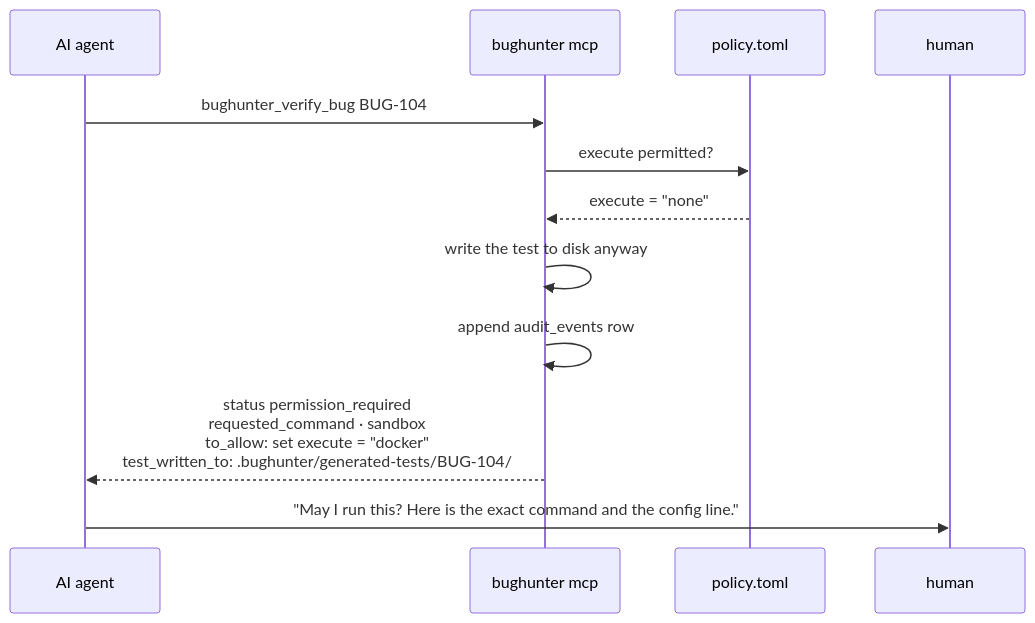
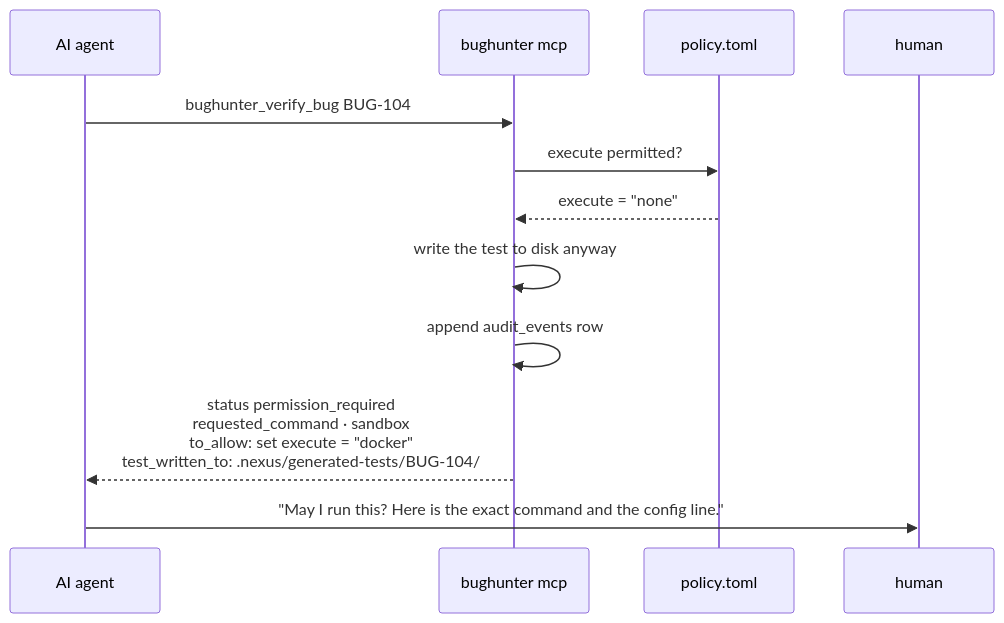
One commit to zorigtbaatarAst/nexus changed the third of 5 diagrams in docs/diagrams/mcp-integration.md. Above: the diagram before and after it, drawn with Mermaid. The commit also changed 94 other files, not shown here.

````diff
--- a/docs/diagrams/mcp-integration.md
+++ b/docs/diagrams/mcp-integration.md
@@ -81,15 +81,15 @@
 ```mermaid
 sequenceDiagram
     participant A as AI agent
     participant M as bughunter mcp
     participant P as policy.toml
     participant H as human
 
     A->>M: bughunter_verify_bug BUG-104
     M->>P: execute permitted?
     P-->>M: execute = "none"
     M->>M: write the test to disk anyway
     M->>M: append audit_events row
-    M-->>A: status permission_required<br/>requested_command · sandbox<br/>to_allow: set execute = "docker"<br/>test_written_to: .bughunter/generated-tests/BUG-104/
+    M-->>A: status permission_required<br/>requested_command · sandbox<br/>to_allow: set execute = "docker"<br/>test_written_to: .nexus/generated-tests/BUG-104/
     A->>H: "May I run this? Here is the exact command and the config line."
 ```
````
